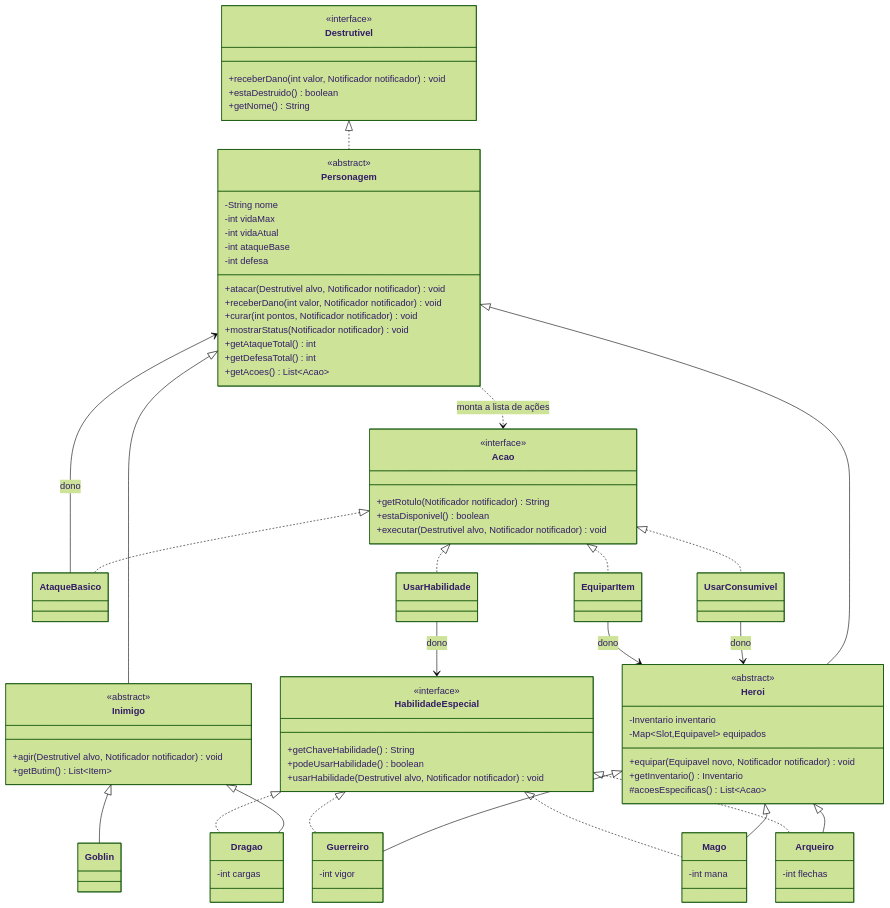
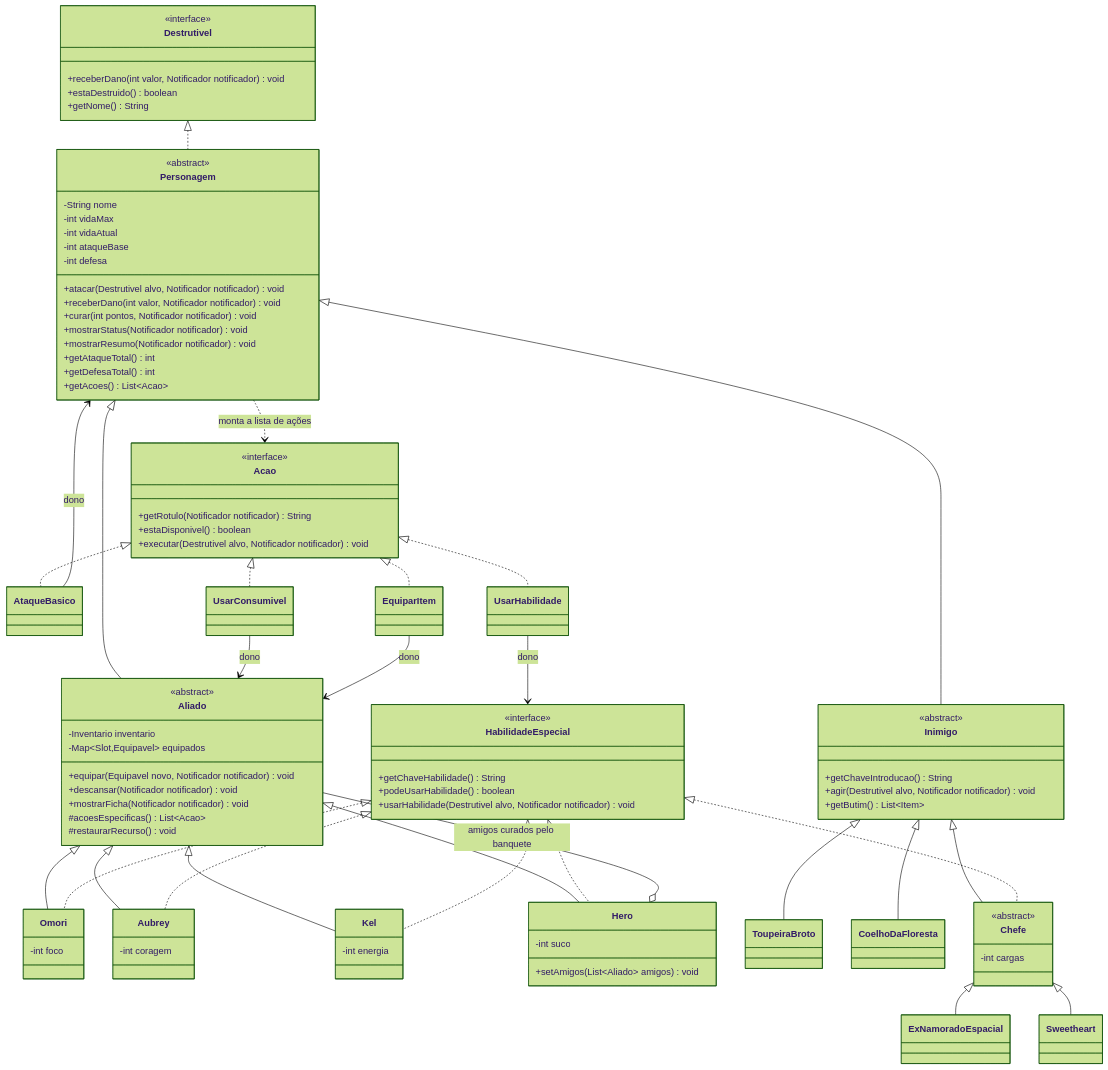
Before and after one commit to KauaQueirz/meu-rpg-solid: the first of 3 diagrams in README.md, drawn with Mermaid (forest theme). The commit also changed other lines of this file and 36 other files, not shown here.

````diff
--- a/README.md
+++ b/README.md
@@ -108,36 +147,48 @@
         +receberDano(int valor, Notificador notificador) void
         +curar(int pontos, Notificador notificador) void
         +mostrarStatus(Notificador notificador) void
+        +mostrarResumo(Notificador notificador) void
         +getAtaqueTotal() int
         +getDefesaTotal() int
         +getAcoes() List~Acao~
     }
-    class Heroi {
+    class Aliado {
         <<abstract>>
         -Inventario inventario
         -Map~Slot,Equipavel~ equipados
         +equipar(Equipavel novo, Notificador notificador) void
-        +getInventario() Inventario
+        +descansar(Notificador notificador) void
+        +mostrarFicha(Notificador notificador) void
         #acoesEspecificas() List~Acao~
+        #restaurarRecurso() void
     }
-    class Guerreiro {
-        -int vigor
+    class Omori {
+        -int foco
     }
-    class Mago {
-        -int mana
+    class Aubrey {
+        -int coragem
     }
-    class Arqueiro {
-        -int flechas
+    class Kel {
+        -int energia
+    }
+    class Hero {
+        -int suco
+        +setAmigos(List~Aliado~ amigos) void
     }
     class Inimigo {
         <<abstract>>
+        +getChaveIntroducao() String
         +agir(Destrutivel alvo, Notificador notificador) void
         +getButim() List~Item~
     }
-    class Goblin
-    class Dragao {
+    class ToupeiraBroto
+    class CoelhoDaFloresta
+    class Chefe {
+        <<abstract>>
         -int cargas
     }
+    class ExNamoradoEspacial
+    class Sweetheart
     class Acao {
         <<interface>>
         +getRotulo(Notificador notificador) String
@@ -150,17 +201,23 @@
     class EquiparItem
 
     Destrutivel <|.. Personagem
-    Personagem <|-- Heroi
+    Personagem <|-- Aliado
     Personagem <|-- Inimigo
-    Heroi <|-- Guerreiro
-    Heroi <|-- Mago
-    Heroi <|-- Arqueiro
-    Inimigo <|-- Goblin
-    Inimigo <|-- Dragao
-    HabilidadeEspecial <|.. Guerreiro
-    HabilidadeEspecial <|.. Mago
-    HabilidadeEspecial <|.. Arqueiro
-    HabilidadeEspecial <|.. Dragao
+    Aliado <|-- Omori
+    Aliado <|-- Aubrey
+    Aliado <|-- Kel
+    Aliado <|-- Hero
+    Inimigo <|-- ToupeiraBroto
+    Inimigo <|-- CoelhoDaFloresta
+    Inimigo <|-- Chefe
+    Chefe <|-- ExNamoradoEspacial
+    Chefe <|-- Sweetheart
+    HabilidadeEspecial <|.. Omori
+    HabilidadeEspecial <|.. Aubrey
+    HabilidadeEspecial <|.. Kel
+    HabilidadeEspecial <|.. Hero
+    HabilidadeEspecial <|.. Chefe
+    Hero o-- Aliado : amigos curados pelo banquete
     Acao <|.. AtaqueBasico
     Acao <|.. UsarHabilidade
     Acao <|.. UsarConsumivel
@@ -168,6 +225,6 @@
     Personagem ..> Acao : monta a lista de ações
     AtaqueBasico --> Personagem : dono
     UsarHabilidade --> HabilidadeEspecial : dono
-    UsarConsumivel --> Heroi : dono
-    EquiparItem --> Heroi : dono
+    UsarConsumivel --> Aliado : dono
+    EquiparItem --> Aliado : dono
 ```
````
